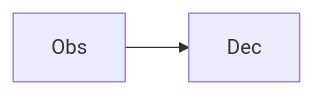
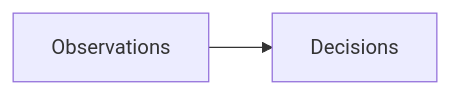
One commit to yminsky/the-saga-of-runtime5 changed the sixth of 7 diagrams in talk-general.md. Above: the diagram before and after it, drawn with Mermaid. The commit also changed other lines of this file and 7 other files, not shown here.

Commit message:
Added heap-marking diagram

````diff
--- a/talk-general.md
+++ b/talk-general.md
@@ -196,4 +173,4 @@
 ```mermaid +render
 graph LR
-    Obs --> Dec
+    Observations --> Decisions
 ```
````
